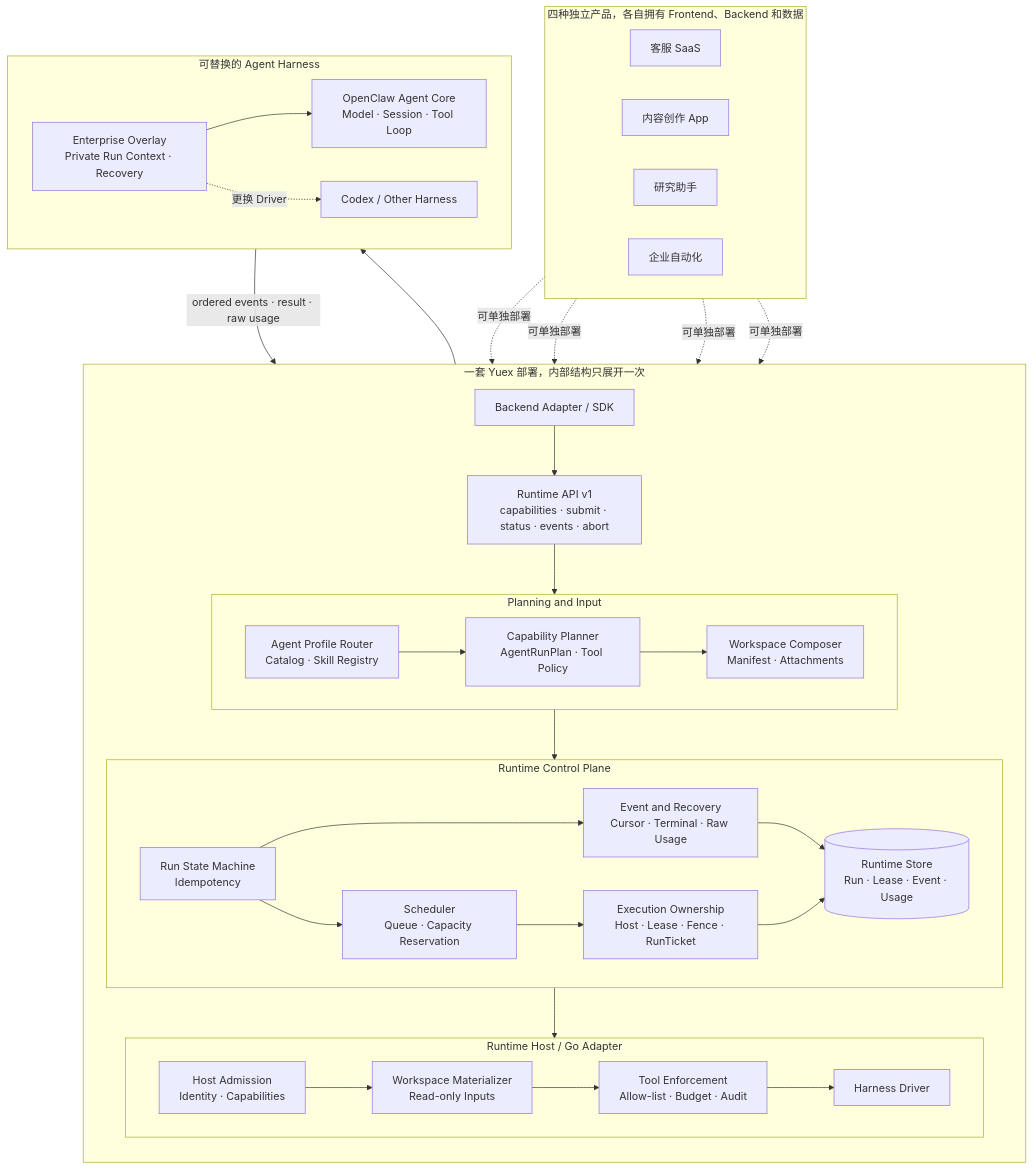
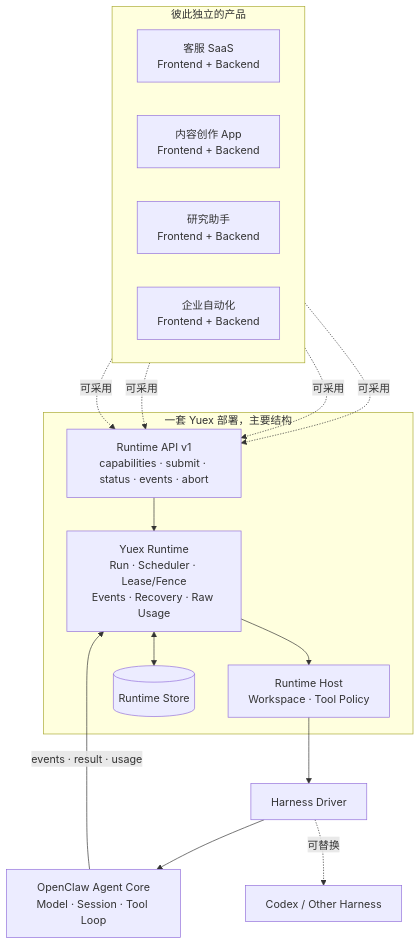
The first of 3 diagrams in README.md (YMX899/Yuex), drawn with Mermaid before and after one commit. The commit also changed other lines of this file, not shown here.

Commit message:
docs: simplify runtime overview and explain Yuex purpose

````diff
--- a/README.md
+++ b/README.md
@@ -15,63 +19,30 @@
 ```mermaid
 flowchart TB
-    subgraph PRODUCTS[四种独立产品，各自拥有 Frontend、Backend 和数据]
+    subgraph PRODUCTS[彼此独立的产品]
         direction LR
-        P1[客服 SaaS]
-        P2[内容创作 App]
-        P3[研究助手]
-        P4[企业自动化]
+        P1[客服 SaaS<br/>Frontend + Backend]
+        P2[内容创作 App<br/>Frontend + Backend]
+        P3[研究助手<br/>Frontend + Backend]
+        P4[企业自动化<br/>Frontend + Backend]
     end
 
-    P1 -. 可单独部署 .-> ENTRY
-    P2 -. 可单独部署 .-> ENTRY
-    P3 -. 可单独部署 .-> ENTRY
-    P4 -. 可单独部署 .-> ENTRY
+    P1 -. 可采用 .-> API
+    P2 -. 可采用 .-> API
+    P3 -. 可采用 .-> API
+    P4 -. 可采用 .-> API
 
-    subgraph DEPLOYMENT[一套 Yuex 部署，内部结构只展开一次]
-        direction TB
-        ENTRY[Backend Adapter / SDK]
+    subgraph YUEX[一套 Yuex 部署，主要结构]
         API[Runtime API v1<br/>capabilities · submit · status · events · abort]
+        CONTROL[Yuex Runtime<br/>Run · Scheduler · Lease/Fence<br/>Events · Recovery · Raw Usage]
+        HOST[Runtime Host<br/>Workspace · Tool Policy]
+        STORE[(Runtime Store)]
 
-        subgraph PREPARE[Planning and Input]
-            direction LR
-            ROUTER[Agent Profile Router<br/>Catalog · Skill Registry]
-            PLANNER[Capability Planner<br/>AgentRunPlan · Tool Policy]
-            COMPOSER[Workspace Composer<br/>Manifest · Attachments]
-        end
-
-        subgraph CONTROL[Runtime Control Plane]
-            direction LR
-            RUN[Run State Machine<br/>Idempotency]
-            QUEUE[Scheduler<br/>Queue · Capacity Reservation]
-            OWNER[Execution Ownership<br/>Host · Lease · Fence · RunTicket]
-            EVENT[Event and Recovery<br/>Cursor · Terminal · Raw Usage]
-            STORE[(Runtime Store<br/>Run · Lease · Event · Usage)]
-        end
-
-        subgraph HOST[Runtime Host / Go Adapter]
-            direction LR
-            ADMISSION[Host Admission<br/>Identity · Capabilities]
-            MATERIALIZE[Workspace Materializer<br/>Read-only Inputs]
-            POLICY[Tool Enforcement<br/>Allow-list · Budget · Audit]
-            DRIVER[Harness Driver]
-        end
-
-        ENTRY --> API --> ROUTER --> PLANNER --> COMPOSER --> RUN
-        RUN --> QUEUE --> OWNER --> ADMISSION
-        RUN --> EVENT --> STORE
-        OWNER --> STORE
-        ADMISSION --> MATERIALIZE --> POLICY --> DRIVER
+        API --> CONTROL --> HOST
+        CONTROL <--> STORE
     end
 
-    subgraph HARNESS[可替换的 Agent Harness]
-        direction LR
-        OVERLAY[Enterprise Overlay<br/>Private Run Context · Recovery]
-        OPENCLAW[OpenClaw Agent Core<br/>Model · Session · Tool Loop]
-        OTHER[Codex / Other Harness]
-        OVERLAY --> OPENCLAW
-        OVERLAY -. 更换 Driver .-> OTHER
-    end
-
-    DRIVER --> OVERLAY
-    OPENCLAW -->|ordered events · result · raw usage| EVENT
+    HOST --> DRIVER[Harness Driver]
+    DRIVER --> OPENCLAW[OpenClaw Agent Core<br/>Model · Session · Tool Loop]
+    DRIVER -. 可替换 .-> OTHER[Codex / Other Harness]
+    OPENCLAW -->|events · result · usage| CONTROL
 ```
````
